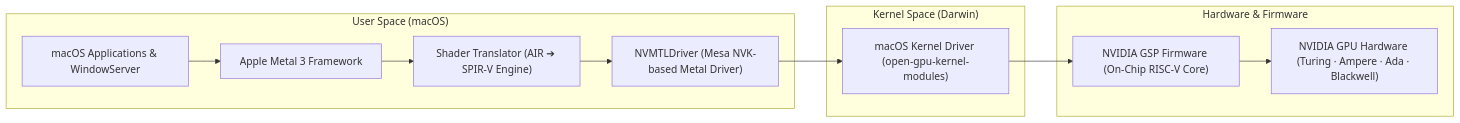
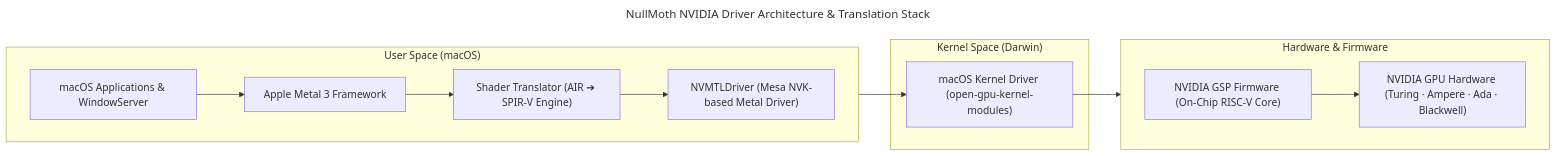
The diagram in Content/11_Graphics/NVIDIA/RTX/README.md (5T33Z0/OC-Little-Translated), drawn with Mermaid before and after one commit.

Commit message:
Add flowchart for NullMoth NVIDIA Driver Architecture
Added a flowchart illustrating the NullMoth NVIDIA Driver Architecture and Translation Stack.

````diff
--- a/Content/11_Graphics/NVIDIA/RTX/README.md
+++ b/Content/11_Graphics/NVIDIA/RTX/README.md
@@ -19,29 +19,34 @@
 ```mermaid
+---
+title: "NullMoth NVIDIA Driver Architecture & Translation Stack"
+---
 flowchart LR
     subgraph UserSpace ["User Space (macOS)"]
+        direction LR
         App["macOS Applications & WindowServer"]
         Metal["Apple Metal 3 Framework"]
         Translator["Shader Translator (AIR ➔ SPIR-V Engine)"]
         NVMTL["NVMTLDriver (Mesa NVK-based Metal Driver)"]
     end
 
     subgraph KernelSpace ["Kernel Space (Darwin)"]
         Kext["macOS Kernel Driver (open-gpu-kernel-modules)"]
     end
 
     subgraph HardwareLevel ["Hardware & Firmware"]
+        direction LR
         GSP["NVIDIA GSP Firmware (On-Chip RISC-V Core)"]
         GPU["NVIDIA GPU Hardware (Turing · Ampere · Ada · Blackwell)"]
     end
 
     App --> Metal
     Metal --> Translator
     Translator --> NVMTL
     NVMTL --> Kext
     Kext --> GSP
     GSP --> GPU
 
     classDef user fill:#2d333b,stroke:#444c56,color:#adbac7;
     classDef kernel fill:#1c2128,stroke:#373e47,color:#adbac7;
     classDef hw fill:#22272e,stroke:#444c56,color:#adbac7;
 ```
````
